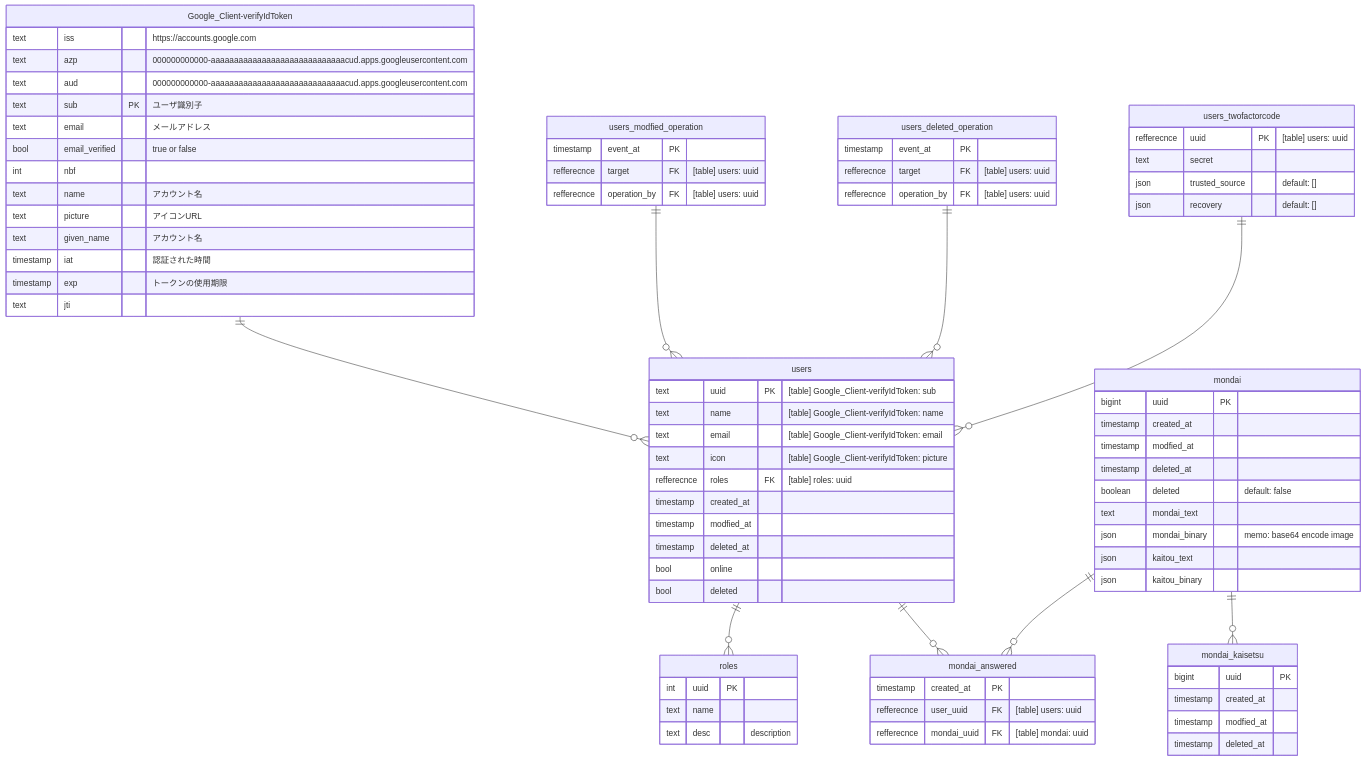
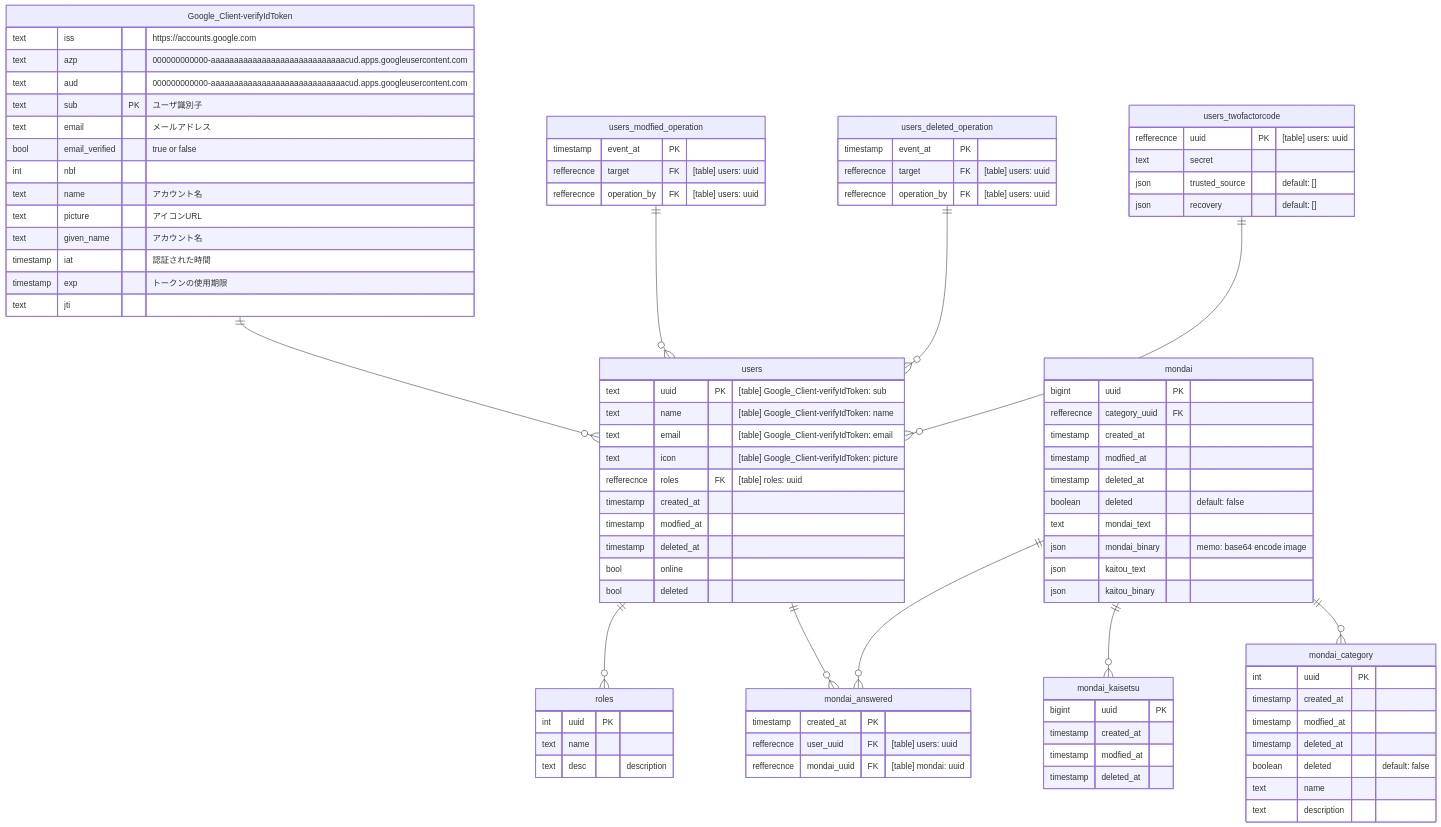
One commit to n138-kz/denkou-kakomon-dotcom changed the diagram in README.md. Above: the diagram before and after it, drawn with Mermaid.

```diff
--- a/README.md
+++ b/README.md
@@ -32,7 +32,8 @@
 users_twofactorcode ||--o{ users: "" 
 mondai ||--o{ mondai_answered: "" 
 users ||--o{ mondai_answered: "" 
-mondai ||--o{ mondai_kaisetsu: "" 
+mondai ||--o{ mondai_kaisetsu: ""
+mondai ||--o{ mondai_category: ""
 
 Google_Client-verifyIdToken {
     text iss "https://accounts.google.com"
@@ -90,6 +91,7 @@
 
 mondai {
     bigint uuid PK
+    refferecnce category_uuid FK 
     timestamp created_at
     timestamp modfied_at
     timestamp deleted_at
@@ -98,6 +100,16 @@
     json mondai_binary "memo: base64 encode image"
     json kaitou_text
     json kaitou_binary
+}
+
+mondai_category {
+    int uuid PK
+    timestamp created_at
+    timestamp modfied_at
+    timestamp deleted_at
+    boolean deleted "default: false"
+    text name
+    text description
 }
 
 mondai_answered {
```
